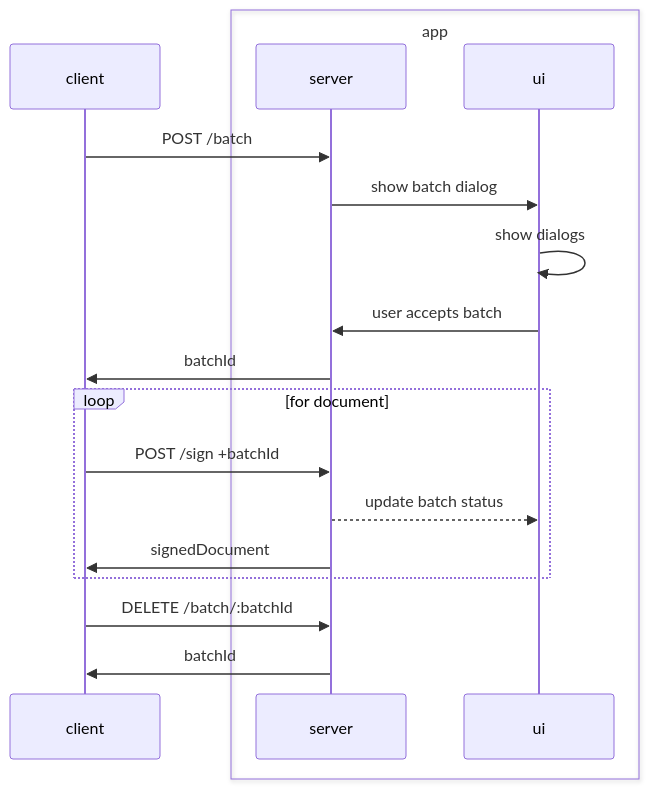
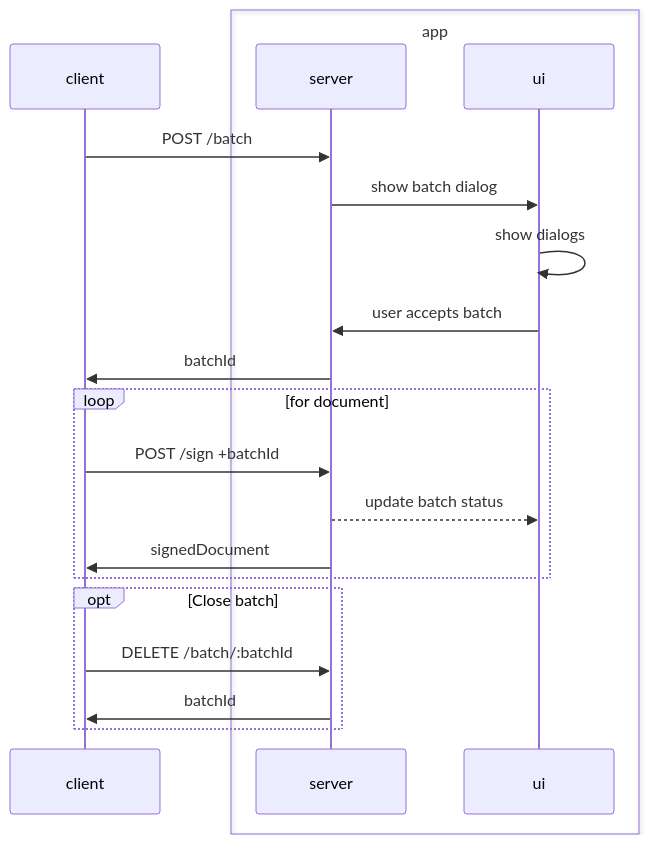
The first of 2 diagrams in docs/batch-sign-api.md (slovensko-digital/autogram), drawn with Mermaid before and after one commit. The commit also changed other lines of this file, not shown here.

Commit message:
fix api diagram

````diff
--- a/docs/batch-sign-api.md
+++ b/docs/batch-sign-api.md
@@ -27,23 +27,25 @@
 ```mermaid
 sequenceDiagram
     participant client
     box app
         participant server
         participant ui
     end
 
     client->>server: POST /batch
     server->>ui: show batch dialog
     ui->>ui: show dialogs
     ui->>server: user accepts batch
     server->>client: batchId
 
     loop for document
         client->>server: POST /sign +batchId
         server-->>ui: update batch status
         server->>client: signedDocument
     end
 
-    client->>server: DELETE /batch/:batchId
-    server->>client: batchId
+    opt Close batch
+        client->>server: DELETE /batch/:batchId
+        server->>client: batchId
+    end
 ```
````
